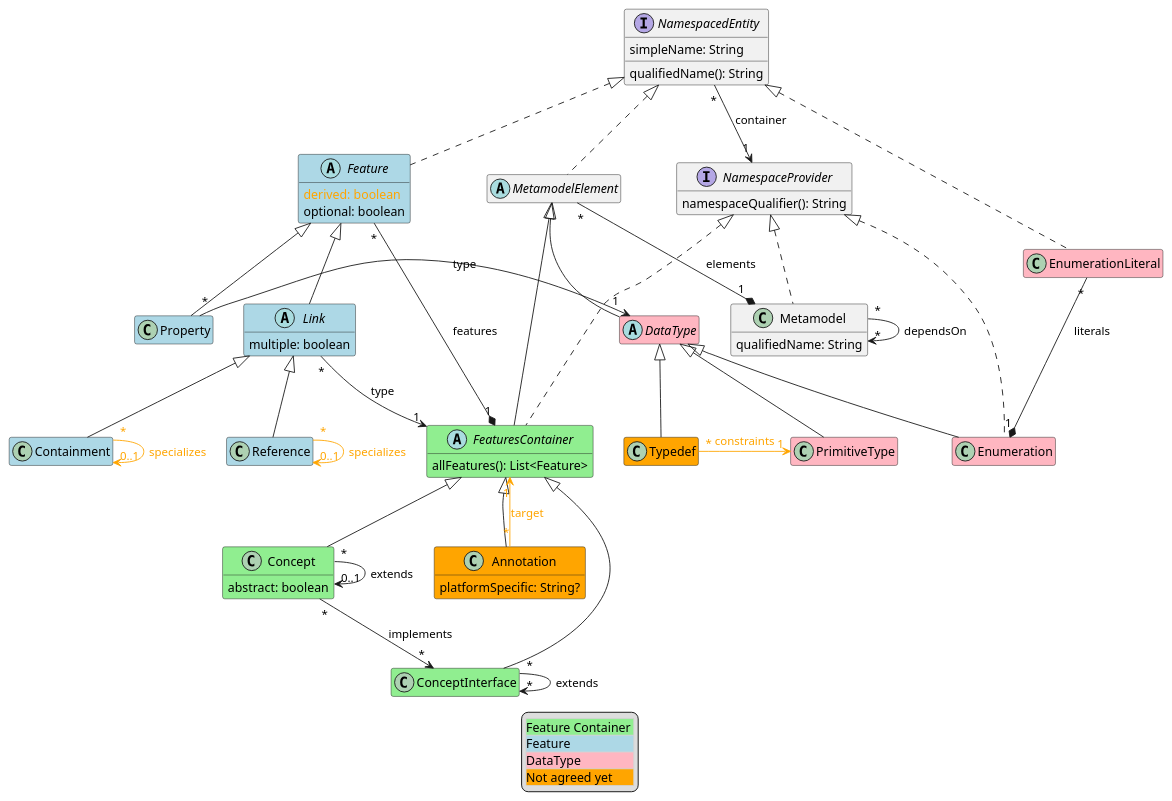
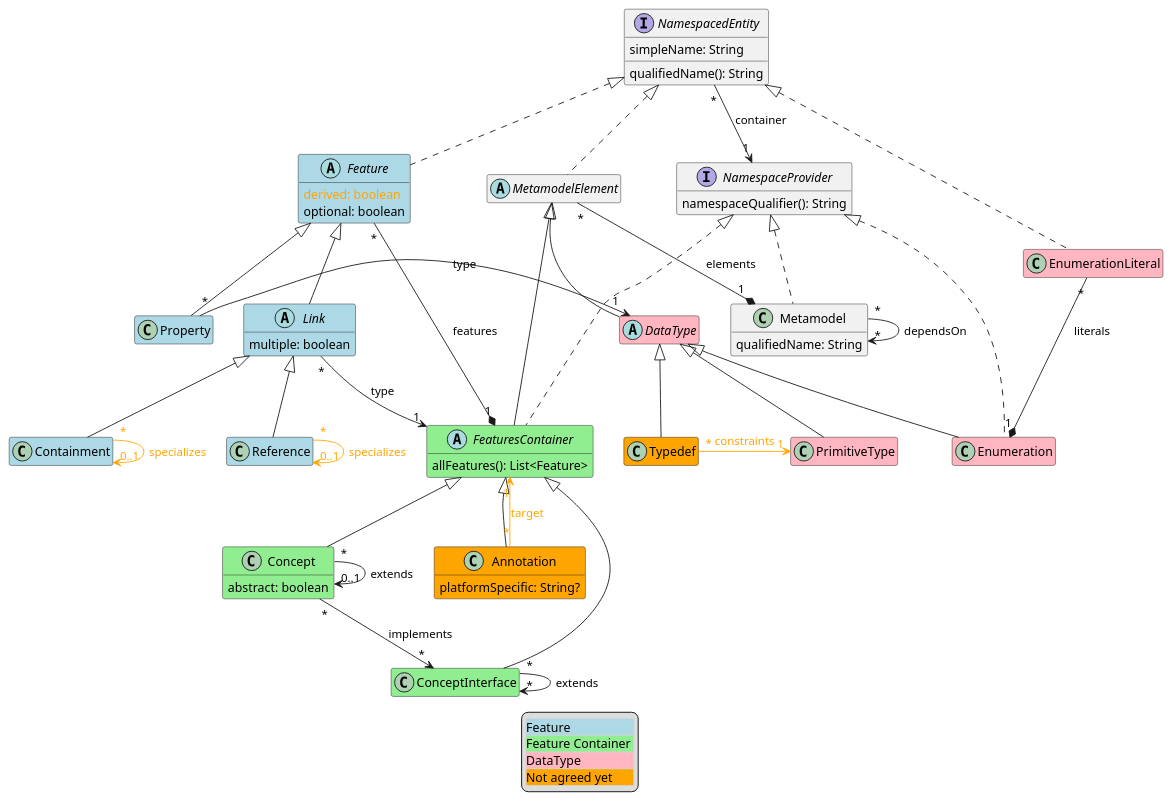
One commit to LionWeb-io/specification changed the diagram in lioncore/metametamodel.puml. Above: the diagram before and after it, drawn with PlantUML. The commit also changed 1 other file, not shown here.

Commit message:
optimized legend of M3 diagram

```diff
--- a/lioncore/metametamodel.puml
+++ b/lioncore/metametamodel.puml
@@ -1,92 +1,92 @@
 @startuml
 hide empty members
 
 interface NamespacedEntity {
   simpleName: String
   qualifiedName(): String
 }
 
 interface NamespaceProvider {
   namespaceQualifier(): String
 }
 
 class Metamodel implements NamespaceProvider {
   qualifiedName: String
 }
 
 abstract class MetamodelElement implements NamespacedEntity
 
 abstract class FeaturesContainer #LightGreen extends MetamodelElement implements NamespaceProvider {
   allFeatures(): List<Feature>
 }
 
 class Annotation #orange extends FeaturesContainer  {
   platformSpecific: String?
 }
 
 class Concept #LightGreen extends FeaturesContainer {
   abstract: boolean
 }
 
 class ConceptInterface #LightGreen extends FeaturesContainer
 
 abstract class Feature #LightBlue implements NamespacedEntity {
   <color:#orange>derived: boolean</color>
   optional: boolean
 }
 
 class Property #LightBlue extends Feature
 
 class Typedef #orange extends DataType
 
 abstract class DataType #LightPink extends MetamodelElement
 
 class PrimitiveType #LightPink extends DataType
 
 class Enumeration #LightPink extends DataType implements NamespaceProvider
 
 class EnumerationLiteral #LightPink implements NamespacedEntity
 
 abstract class Link #LightBlue extends Feature {
   multiple: boolean
 }
 
 class Containment #LightBlue extends Link
 
 class Reference #LightBlue extends Link
 
 ' relations:
 
 Annotation "*" --> "1" FeaturesContainer #orange;text:orange : target
 
 Concept "*" -> "0..1" Concept: extends
 Concept "*" --> "*" ConceptInterface: implements
 
 ConceptInterface "*" --> "*" ConceptInterface: extends
 
 Containment "*" -> "0..1" Containment #orange;text:orange : specializes
 
 Feature "*" -* "1" FeaturesContainer: features
 
 Link "*" --> "1" FeaturesContainer: type
 
 MetamodelElement "*" -* "1" Metamodel: elements
 Metamodel "*" --> "*" Metamodel: dependsOn
 
 NamespacedEntity "*" --> "1" NamespaceProvider: container
 
 Property "*" -> "1" DataType: type
 
 Reference "*" -> "0..1" Reference #orange;text:orange : specializes
 
 EnumerationLiteral "*" -* "1" Enumeration : literals
 
 Typedef "*" -> "1" PrimitiveType #orange;text:orange : constraints
 
 legend
-  <#LightGray,#LightGray>| <#LightGreen>Feature Container |
-  | <#LightBlue>Feature |
+  <#LightGray,#LightGray>| <#LightBlue>Feature |
+  | <#LightGreen>Feature Container |
   | <#LightPink>DataType |
   | <#orange>Not agreed yet |
 end legend
 @enduml
```
